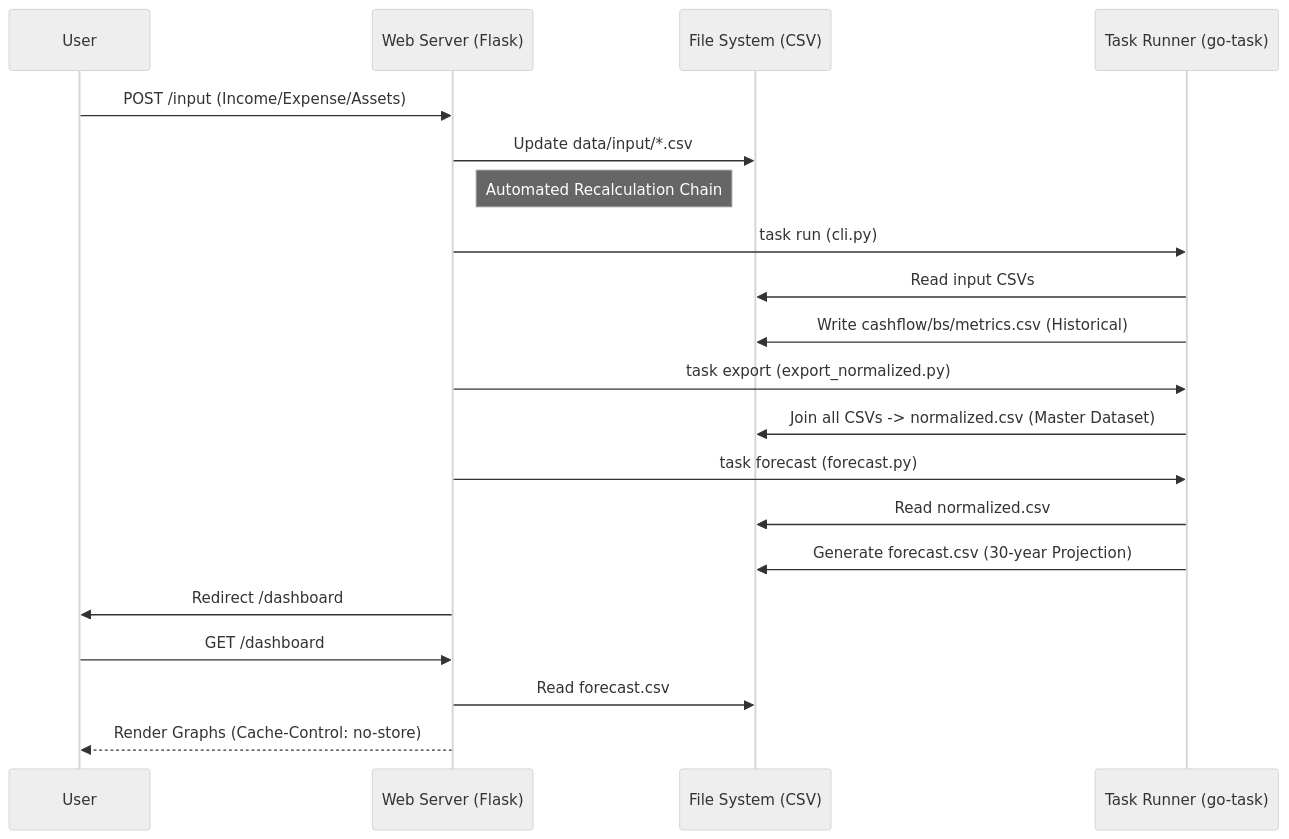
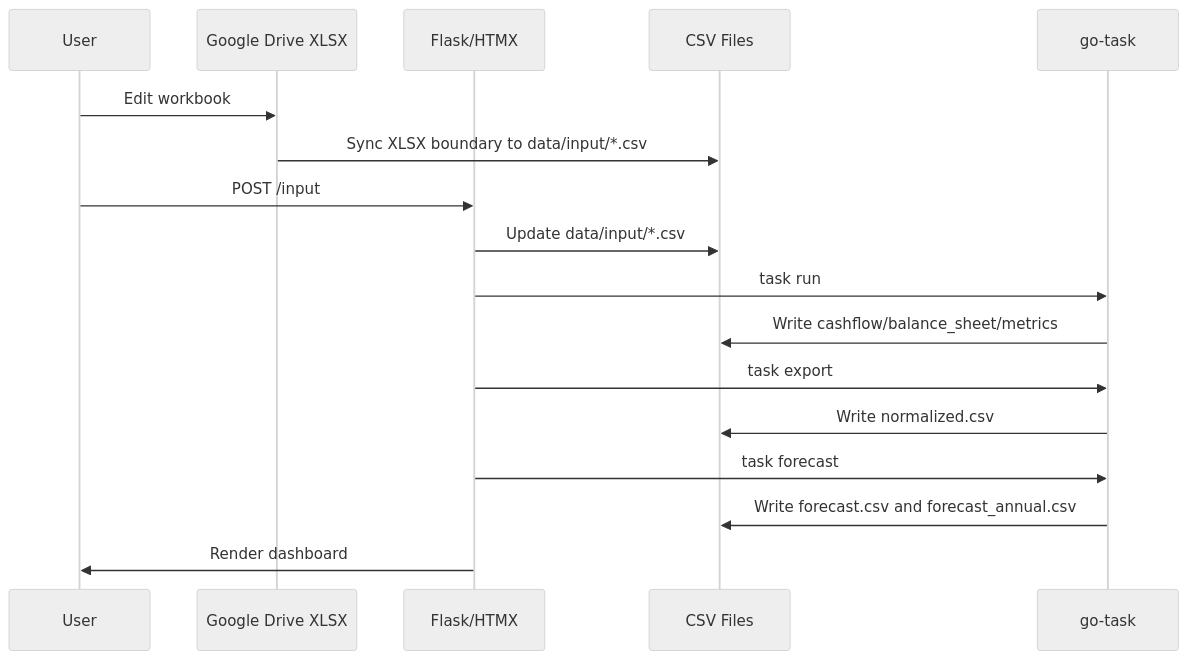
Before and after one commit to KAFKA2306/WealthAudit: the diagram in docs/architecture.md, drawn with Mermaid (neutral theme). The commit also changed other lines of this file and 15 other files, not shown here.

Commit message:
Harden WealthAudit drive and observed assets

````diff
--- a/docs/architecture.md
+++ b/docs/architecture.md
@@ -7,28 +5,20 @@
 ```mermaid
 sequenceDiagram
     participant User
-    participant Web as Web Server (Flask)
-    participant FS as File System (CSV)
-    participant Task as Task Runner (go-task)
+    participant Drive as Google Drive XLSX
+    participant Web as Flask/HTMX
+    participant FS as CSV Files
+    participant Task as go-task
 
-    User->>Web: POST /input (Income/Expense/Assets)
+    User->>Drive: Edit workbook
+    Drive->>FS: Sync XLSX boundary to data/input/*.csv
+    User->>Web: POST /input
     Web->>FS: Update data/input/*.csv
-    
-    note right of Web: Automated Recalculation Chain
-    
-    Web->>Task: task run (cli.py)
-    Task->>FS: Read input CSVs
-    Task->>FS: Write cashflow/bs/metrics.csv (Historical)
-    
-    Web->>Task: task export (export_normalized.py)
-    Task->>FS: Join all CSVs -> normalized.csv (Master Dataset)
-    
-    Web->>Task: task forecast (forecast.py)
-    Task->>FS: Read normalized.csv
-    Task->>FS: Generate forecast.csv (30-year Projection)
-    
-    Web->>User: Redirect /dashboard
-    User->>Web: GET /dashboard
-    Web->>FS: Read forecast.csv
-    Web-->>User: Render Graphs (Cache-Control: no-store)
+    Web->>Task: task run
+    Task->>FS: Write cashflow/balance_sheet/metrics
+    Web->>Task: task export
+    Task->>FS: Write normalized.csv
+    Web->>Task: task forecast
+    Task->>FS: Write forecast.csv and forecast_annual.csv
+    Web->>User: Render dashboard
 ```
````
